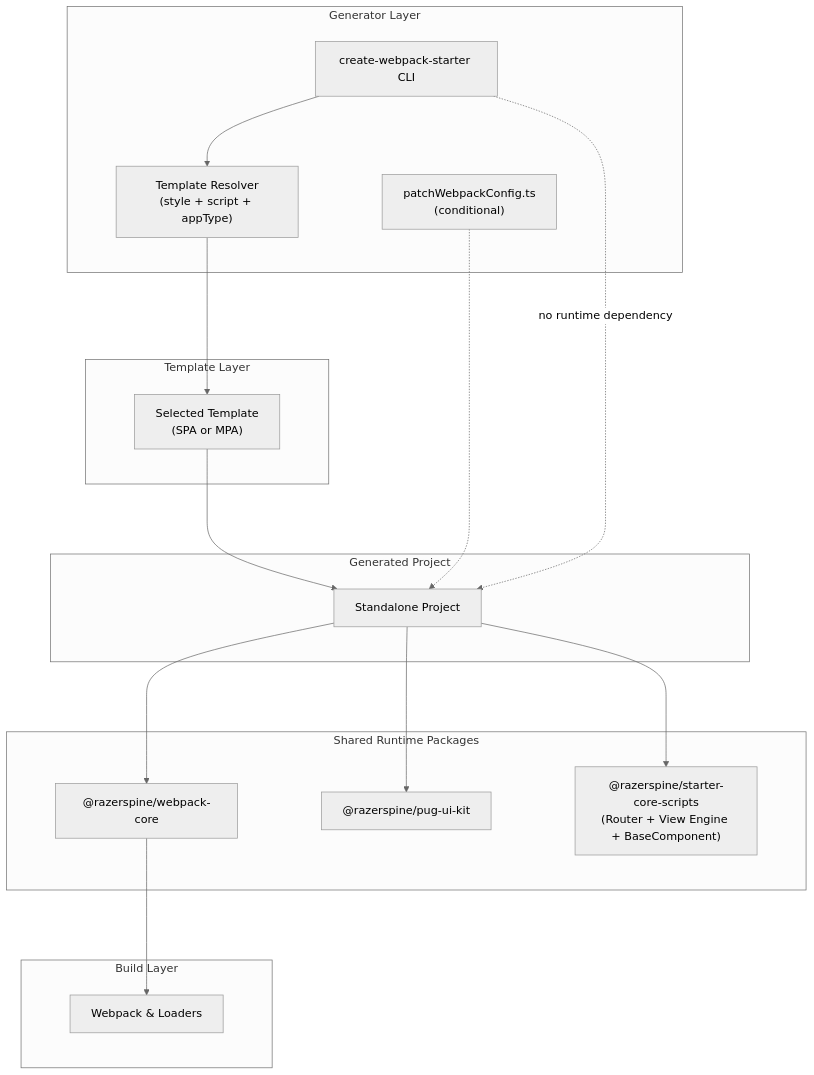
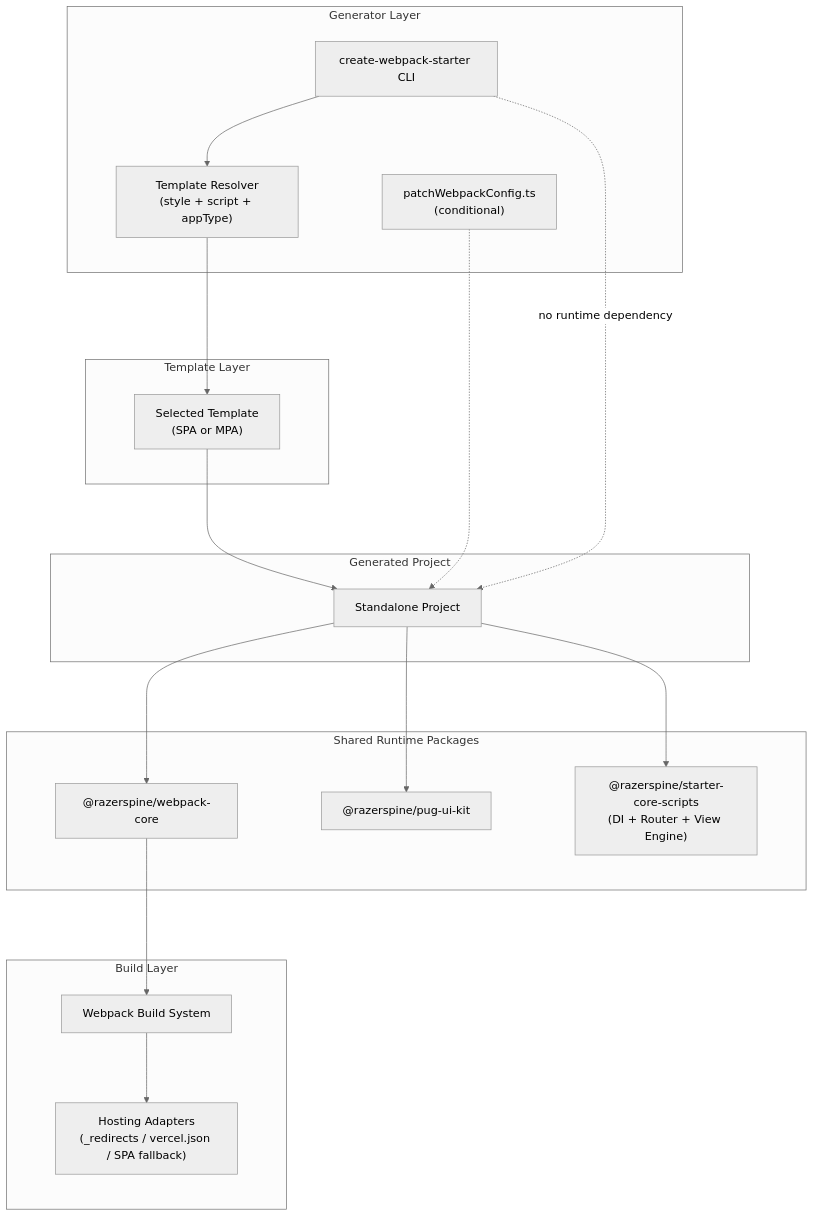
One commit to Razerspine/razerspine-stack changed the diagram in docs/architecture.md. Above: the diagram before and after it, drawn with Mermaid (neutral theme). The commit also changed other lines of this file and 1 other file, not shown here.

````diff
--- a/docs/architecture.md
+++ b/docs/architecture.md
@@ -7,41 +7,43 @@
 ```mermaid
 %%{init: { 'flowchart': { 'rankSpacing': 100, 'nodeSpacing': 120 } } }%%
 flowchart TD
 
 subgraph L1 ["Generator Layer"]
     CLI["create-webpack-starter CLI"]
     RESOLVER["Template Resolver<br/>(style + script + appType)"]
     PATCH["patchWebpackConfig.ts<br/>(conditional)"]
 end
 
 subgraph L2 ["Template Layer"]
     TEMPLATE["Selected Template<br/>(SPA or MPA)"]
 end
 
 subgraph L3 ["Generated Project"]
     PROJECT["Standalone Project"]
 end
 
 subgraph L4 ["Shared Runtime Packages"]
     CORE["@razerspine/webpack-core"]
     UI["@razerspine/pug-ui-kit"]
-    SCRIPTS["@razerspine/starter-core-scripts<br/>(Router + View Engine + BaseComponent)"]
+    SCRIPTS["@razerspine/starter-core-scripts<br/>(DI + Router + View Engine)"]
 end
 
 subgraph L5 ["Build Layer"]
-    WEBPACK["Webpack & Loaders"]
+    WEBPACK["Webpack Build System"]
+    HOSTING["Hosting Adapters<br/>(_redirects / vercel.json / SPA fallback)"]
 end
 
 CLI --> RESOLVER
 RESOLVER --> TEMPLATE
 TEMPLATE --> PROJECT
 PATCH -.-> PROJECT
 
 PROJECT --> CORE
 PROJECT --> UI
 PROJECT --> SCRIPTS
 
 CORE --> WEBPACK
+WEBPACK --> HOSTING
 
 CLI -.->|"no runtime dependency"| PROJECT
 ```
````
